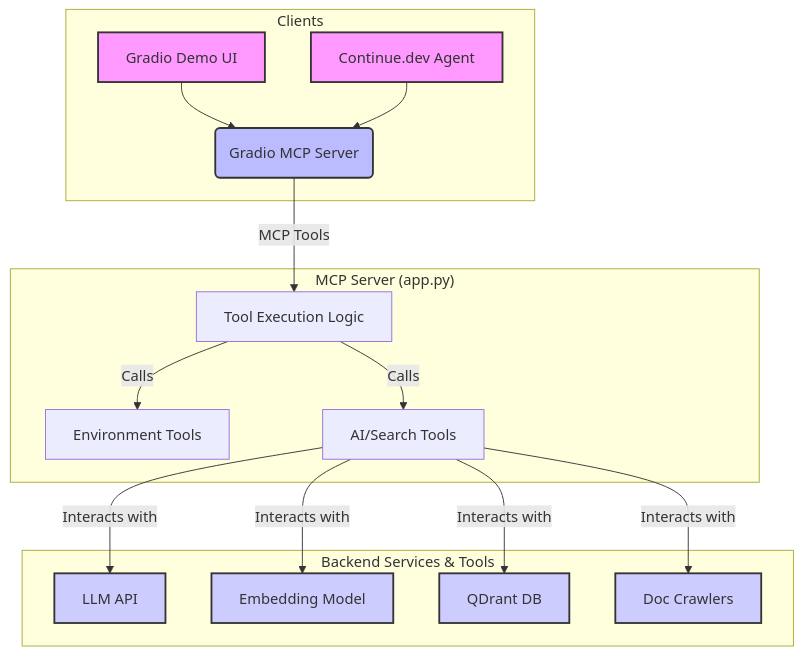
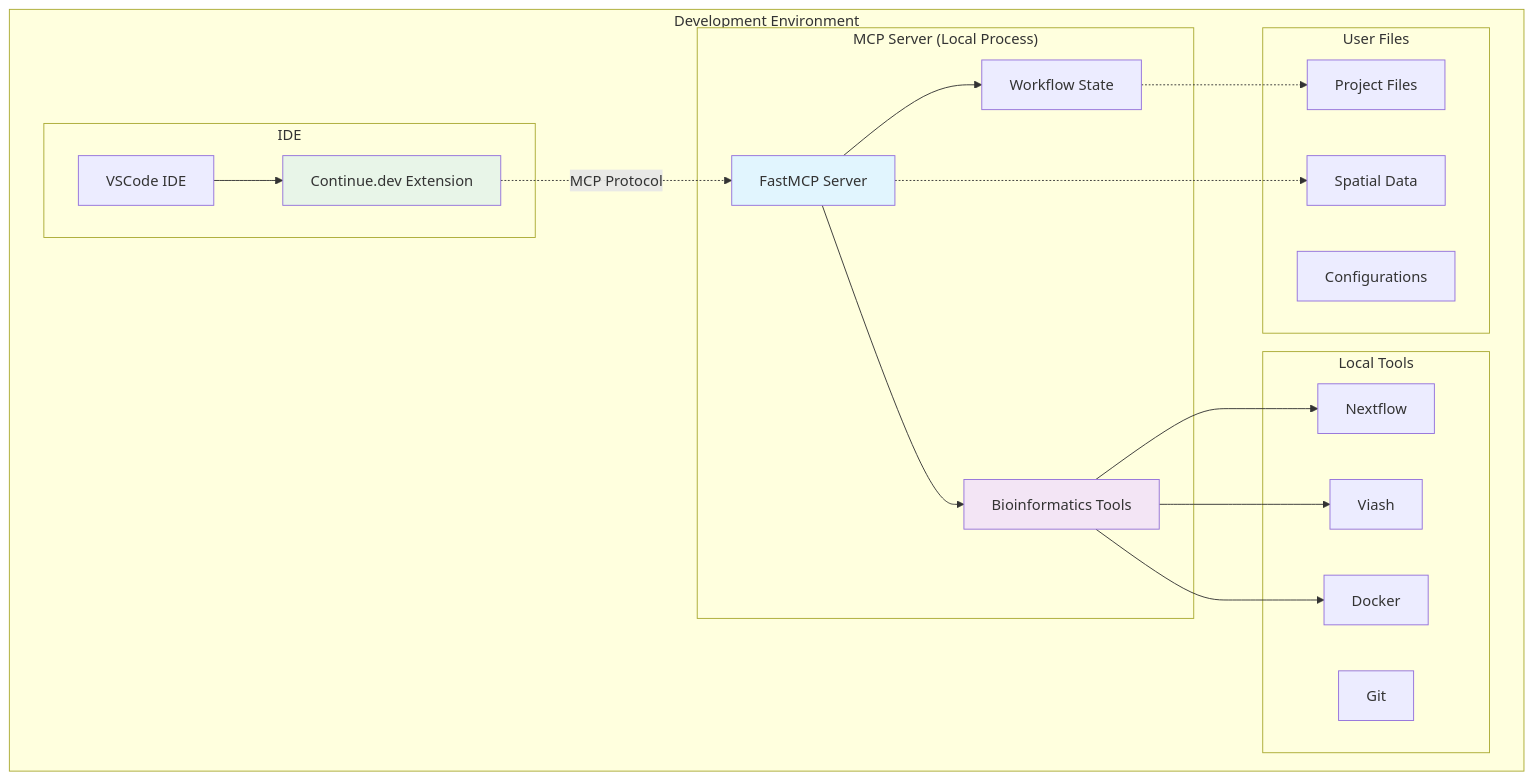
Before and after one commit to Rebell-Leader/SpatialAI_MCP: the diagram in README.md, drawn with Mermaid. The commit also changed other lines of this file and 51 other files, not shown here.

First line of the commit message:
Feature branch merge - migrate to local FastMCP (#1)

````diff
--- a/README.md
+++ b/README.md
@@ -66,28 +63,42 @@
 ```mermaid
-graph TD
-    subgraph "Clients"
-        A[Gradio Demo UI] --> C
-        B[Continue.dev Agent] --> C
+graph TB
+    subgraph "Development Environment"
+        subgraph "IDE"
+            VSCode[VSCode IDE]
+            Continue[Continue.dev Extension]
+            VSCode --> Continue
+        end
+
+        subgraph "MCP Server (Local Process)"
+            MCP[FastMCP Server]
+            Tools[Bioinformatics Tools]
+            State[Workflow State]
+            MCP --> Tools
+            MCP --> State
+        end
+
+        subgraph "Local Tools"
+            Nextflow[Nextflow]
+            Viash[Viash]
+            Docker[Docker]
+            Git[Git]
+        end
+
+        subgraph "User Files"
+            Workspace[Project Files]
+            Data[Spatial Data]
+            Configs[Configurations]
+        end
     end
 
-    subgraph "MCP Server (app.py)"
-        C(Gradio MCP Server) -- MCP Tools --> D[Tool Execution Logic]
-        D -- Calls --> E[Environment Tools]
-        D -- Calls --> F[AI/Search Tools]
-    end
+    Continue -.->|MCP Protocol| MCP
+    Tools --> Nextflow
+    Tools --> Viash
+    Tools --> Docker
+    State -.-> Workspace
+    MCP -.-> Data
 
-    subgraph "Backend Services & Tools"
-        F -- Interacts with --> G[LLM API]
-        F -- Interacts with --> H[Embedding Model]
-        F -- Interacts with --> I[QDrant DB]
-        F -- Interacts with --> J[Doc Crawlers]
-    end
-
-    style A fill:#f9f,stroke:#333,stroke-width:2px
-    style B fill:#f9f,stroke:#333,stroke-width:2px
-    style C fill:#bbf,stroke:#333,stroke-width:2px
-    style G fill:#ccf,stroke:#333,stroke-width:2px
-    style H fill:#ccf,stroke:#333,stroke-width:2px
-    style I fill:#ccf,stroke:#333,stroke-width:2px
-    style J fill:#ccf,stroke:#333,stroke-width:2px
+    style MCP fill:#e1f5fe
+    style Tools fill:#f3e5f5
+    style Continue fill:#e8f5e8
 ```
````
